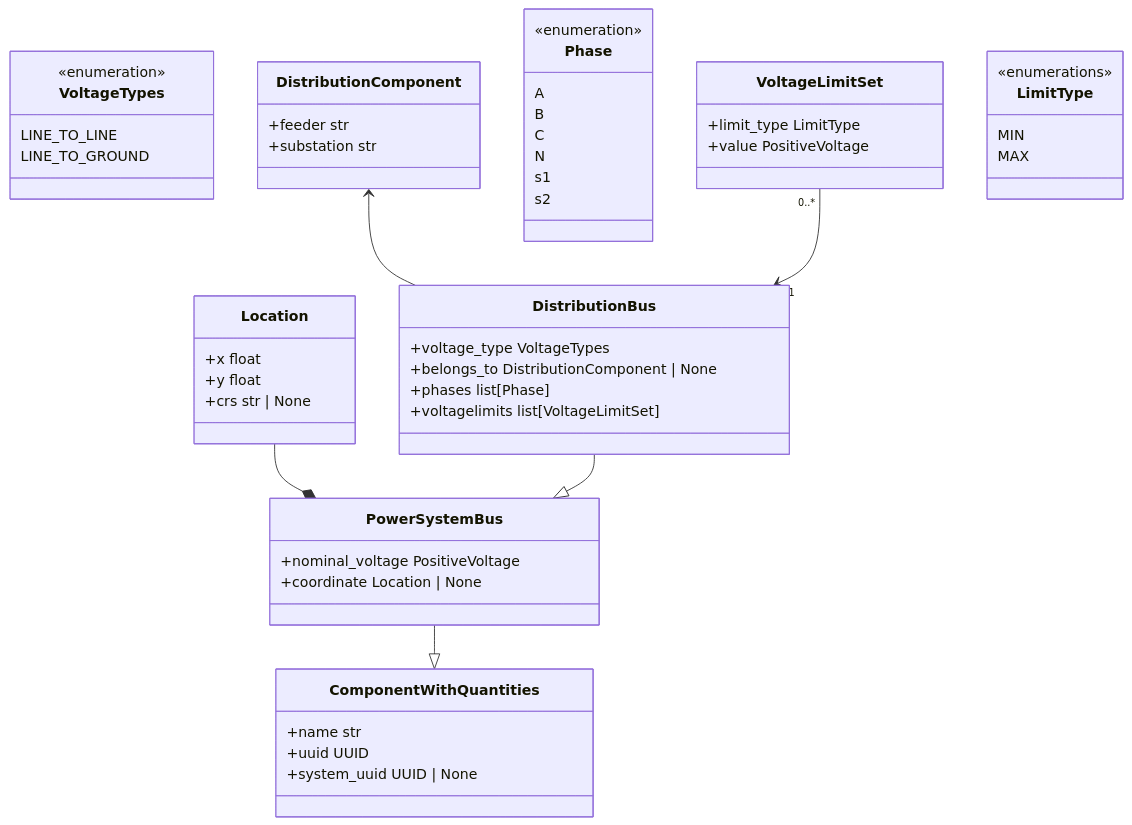
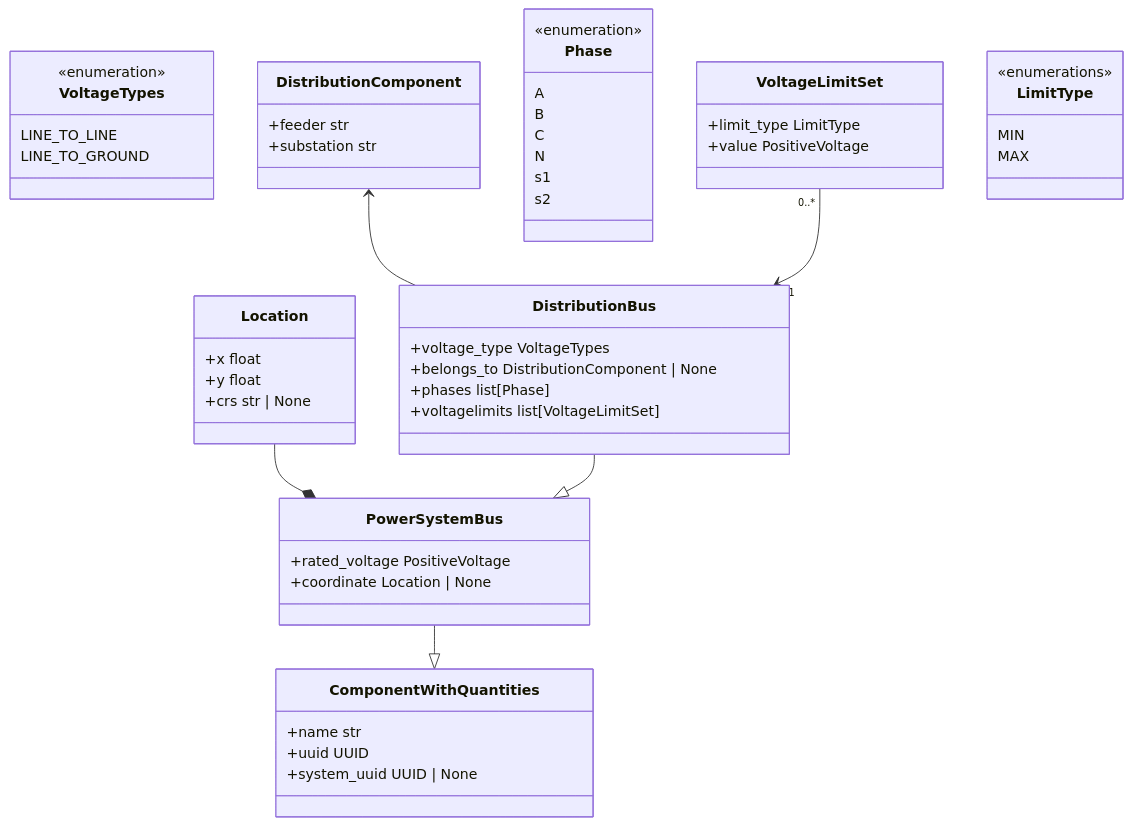
One commit to NREL-Distribution-Suites/grid-data-models changed the diagram in docs/cim/distribution-bus.md. Above: the diagram before and after it, drawn with Mermaid. The commit also changed other lines of this file and 49 other files, not shown here.

````diff
--- a/docs/cim/distribution-bus.md
+++ b/docs/cim/distribution-bus.md
@@ -27,60 +27,60 @@
 ```{mermaid}
 
     classDiagram
 
       class ComponentWithQuantities
       ComponentWithQuantities: +name str 
       ComponentWithQuantities: +uuid UUID
       ComponentWithQuantities: +system_uuid UUID | None
 
       class PowerSystemBus
-      PowerSystemBus: +nominal_voltage PositiveVoltage
+      PowerSystemBus: +rated_voltage PositiveVoltage
       PowerSystemBus: +coordinate Location | None
 
       class Location
       Location: +x float
       Location: +y float 
       Location: +crs str | None
 
       class DistributionBus
       DistributionBus: +voltage_type VoltageTypes
       DistributionBus: +belongs_to DistributionComponent | None 
       DistributionBus: +phases list[Phase]
       DistributionBus: +voltagelimits list[VoltageLimitSet]
 
       class VoltageTypes{
         <<enumeration>>
         LINE_TO_LINE
         LINE_TO_GROUND
       }
 
       class DistributionComponent
       DistributionComponent: +feeder str
       DistributionComponent: +substation str
 
       class Phase{
         <<enumeration>>
         A
         B
         C
         N
         s1
         s2
       }
 
       class VoltageLimitSet
       VoltageLimitSet: +limit_type LimitType
       VoltageLimitSet: +value PositiveVoltage
 
       class LimitType{
         <<enumerations>>
         MIN
         MAX
       }
 
       PowerSystemBus --|> ComponentWithQuantities
       Location --* PowerSystemBus
       DistributionBus --|> PowerSystemBus
       DistributionComponent <-- DistributionBus
       VoltageLimitSet "0..*" --> "1" DistributionBus
 ```
````
